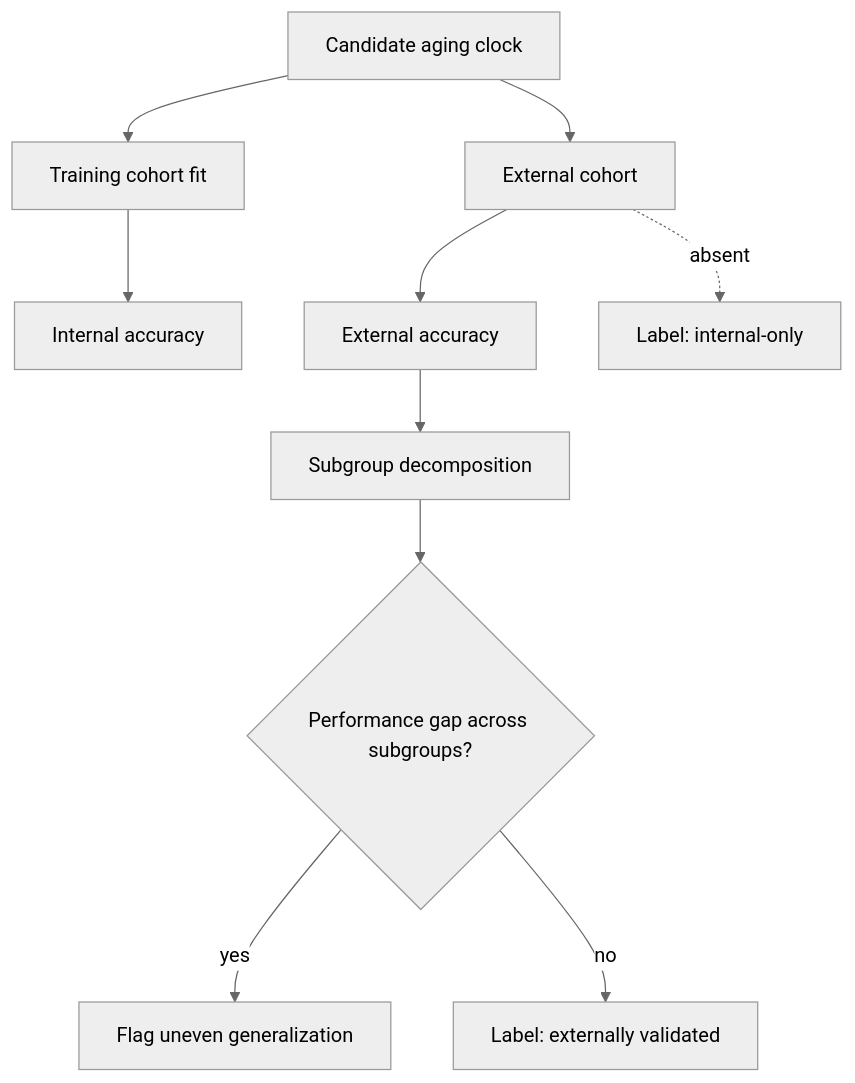
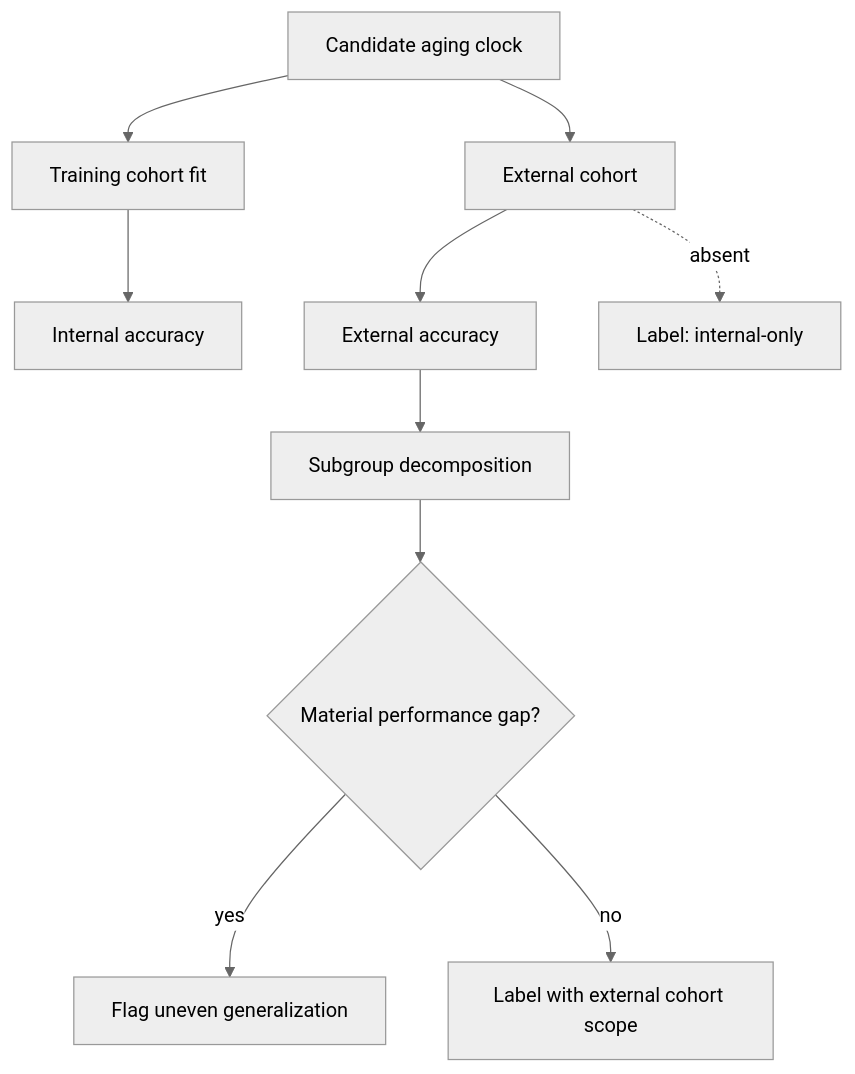
One commit to Ciprian-LocalPulse/OpenLongevityLab changed the diagram in docs/academic/16-aging-clock-benchmarking.md. Above: the diagram before and after it, drawn with Mermaid (neutral theme). The commit also changed other lines of this file and 18 other files, not shown here.

````diff
--- a/docs/academic/16-aging-clock-benchmarking.md
+++ b/docs/academic/16-aging-clock-benchmarking.md
@@ -7,12 +7,12 @@
 ```mermaid
 flowchart TB
   CLOCK[Candidate aging clock] --> TRAIN[Training cohort fit]
   TRAIN --> INT[Internal accuracy]
   CLOCK --> EXT[External cohort]
   EXT --> EXTACC[External accuracy]
   EXTACC --> SUB[Subgroup decomposition]
-  SUB --> GAP{Performance gap across subgroups?}
+  SUB --> GAP{Material performance gap?}
   GAP -- yes --> FLAG[Flag uneven generalization]
-  GAP -- no --> PASS[Label: externally validated]
+  GAP -- no --> PASS[Label with external cohort scope]
   EXT -. absent .-> LABEL[Label: internal-only]
 ```
````
